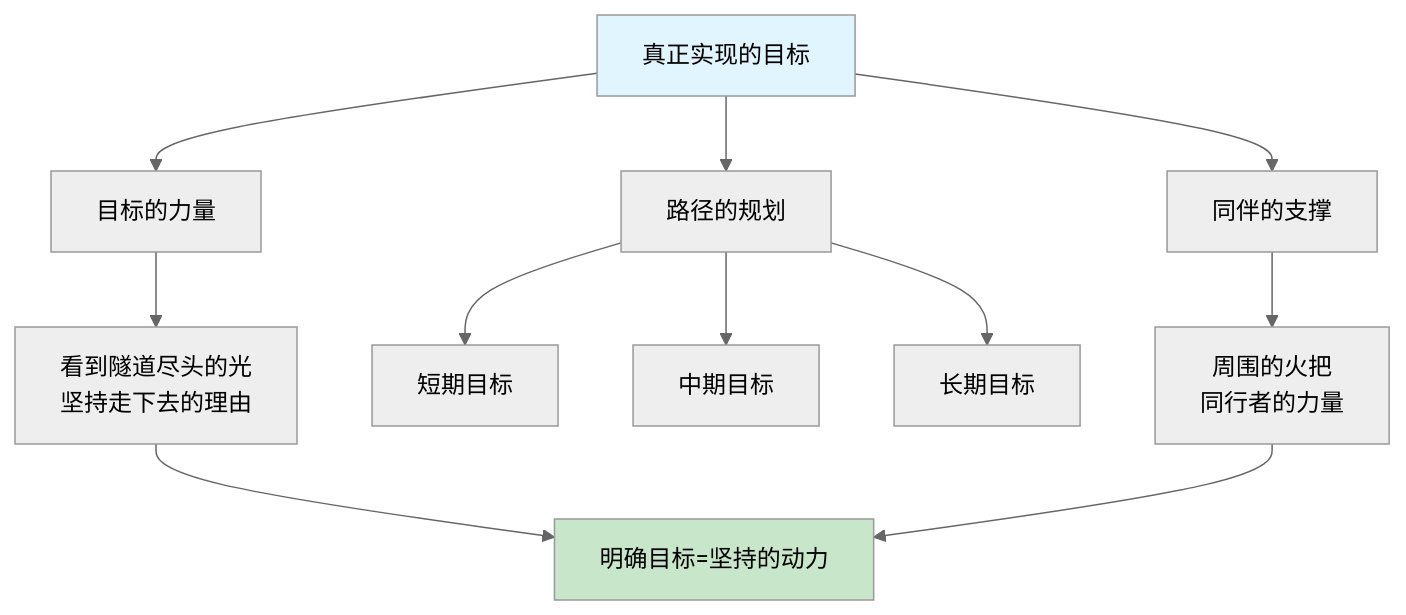
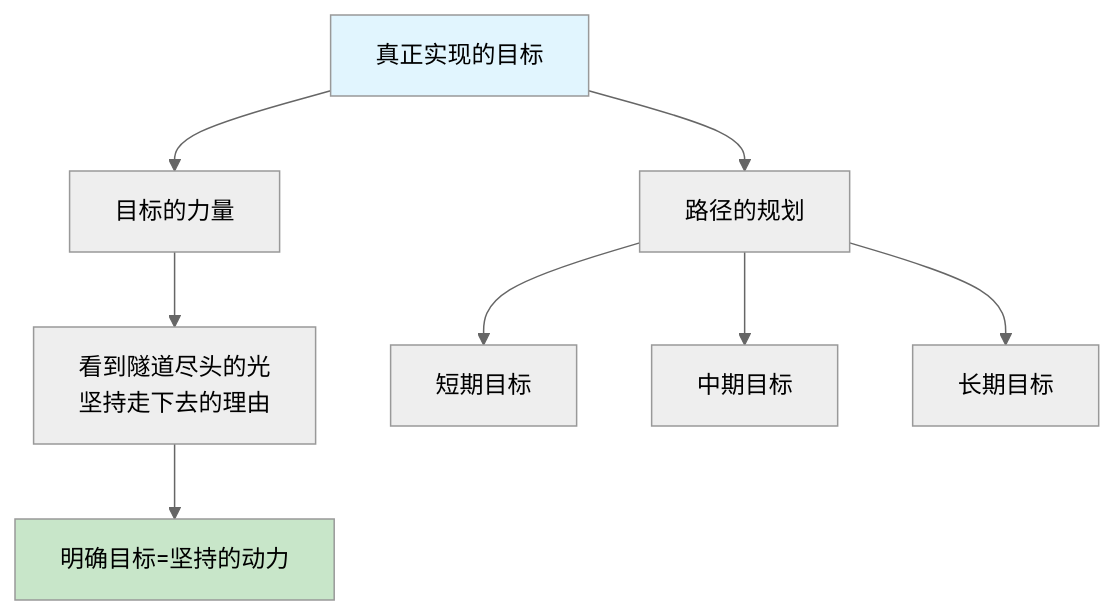
The third of 14 diagrams in book/09.出版作品的书籍/01.小人物的进修/1.自我思考和挑战/1.1学习的七大原则.md (chongyang211/YCBookBlog), drawn with Mermaid (neutral theme) before and after one commit. The commit also changed other lines of this file, not shown here.

````diff
--- a/book/09.出版作品的书籍/01.小人物的进修/1.自我思考和挑战/1.1学习的七大原则.md
+++ b/book/09.出版作品的书籍/01.小人物的进修/1.自我思考和挑战/1.1学习的七大原则.md
@@ -88,18 +88,15 @@
 ```mermaid
 graph TD
     A[真正实现的目标] --> B[目标的力量]
     A --> C[路径的规划]
-    A --> D[同伴的支撑]
     
     B --> B1[看到隧道尽头的光<br/>坚持走下去的理由]
     C --> C1[短期目标]
     C --> C2[中期目标]
     C --> C3[长期目标]
-    D --> D1[周围的火把<br/>同行者的力量]
     
     B1 --> E[明确目标=坚持的动力]
-    D1 --> E
     
     style A fill:#e1f5fe
     style E fill:#c8e6c9
 ```
````
